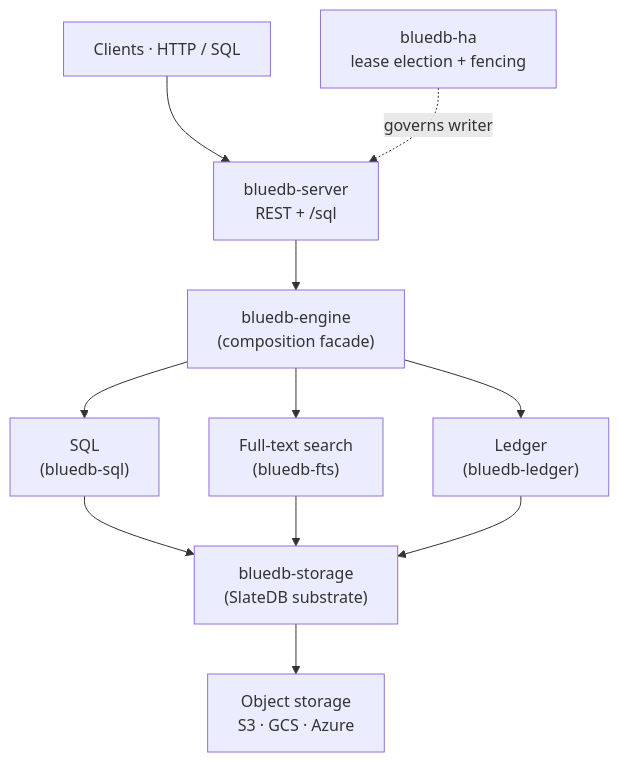
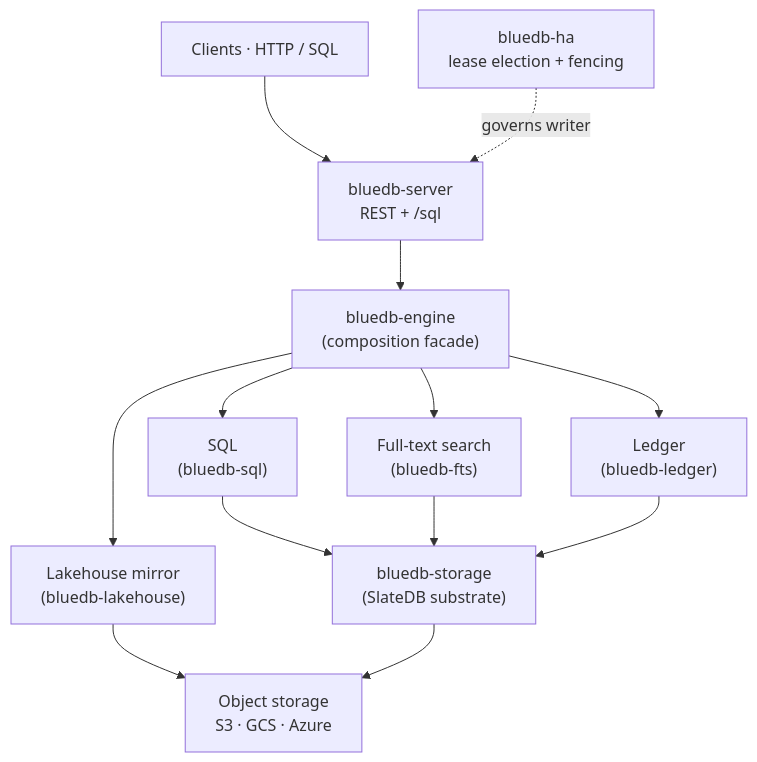
The diagram in docs/index.md (bluecopa/bluedb), drawn with Mermaid before and after one commit. The commit also changed other lines of this file and 5 other files, not shown here.

First line of the commit message:
docs(lakehouse): document the Iceberg mirror (site page, nav, README, config, REST)

````diff
--- a/docs/index.md
+++ b/docs/index.md
@@ -25,13 +25,15 @@
 ```mermaid
 flowchart TD
     C["Clients · HTTP / SQL"] --> SRV["bluedb-server<br/>REST + /sql"]
     SRV --> ENG["bluedb-engine<br/>(composition facade)"]
     ENG --> SQL["SQL<br/>(bluedb-sql)"]
     ENG --> FTS["Full-text search<br/>(bluedb-fts)"]
     ENG --> LED["Ledger<br/>(bluedb-ledger)"]
+    ENG --> LAKE["Lakehouse mirror<br/>(bluedb-lakehouse)"]
     SQL --> STO["bluedb-storage<br/>(SlateDB substrate)"]
     FTS --> STO
     LED --> STO
+    LAKE --> OS
     STO --> OS["Object storage<br/>S3 · GCS · Azure"]
     HA["bluedb-ha<br/>lease election + fencing"] -.governs writer.-> SRV
 ```
````
